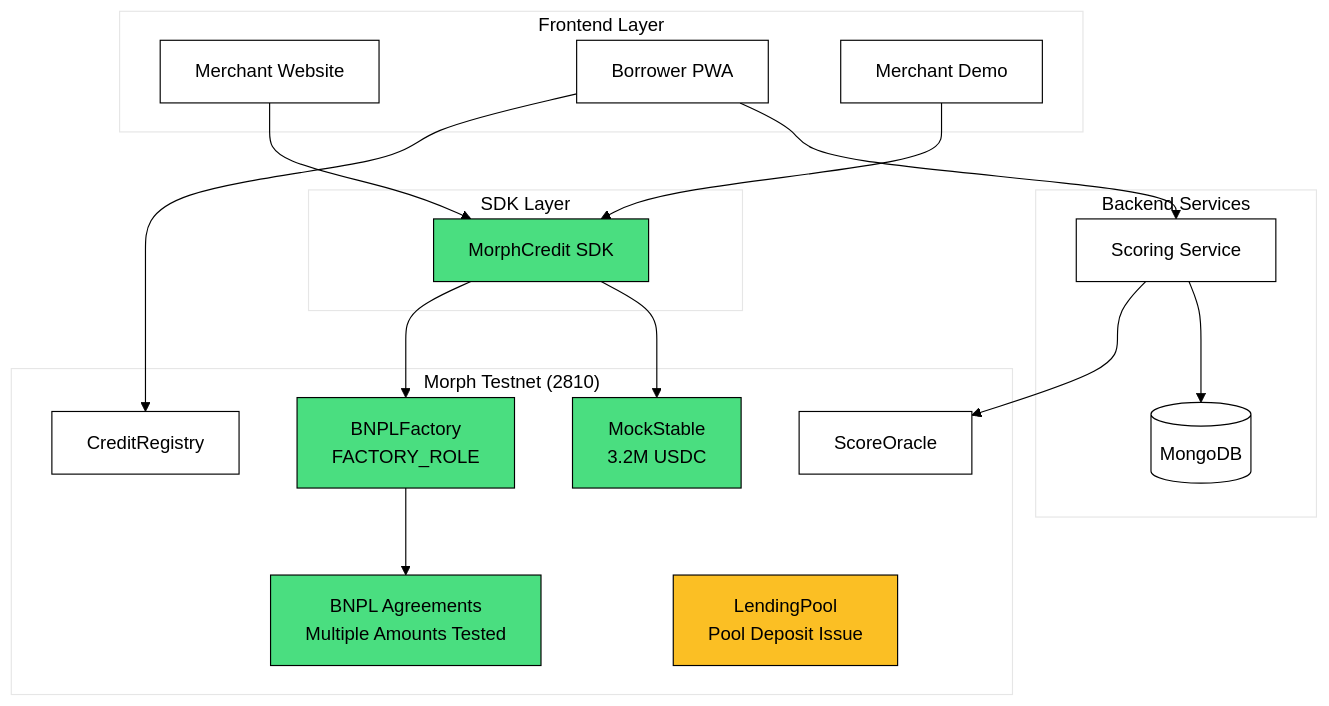
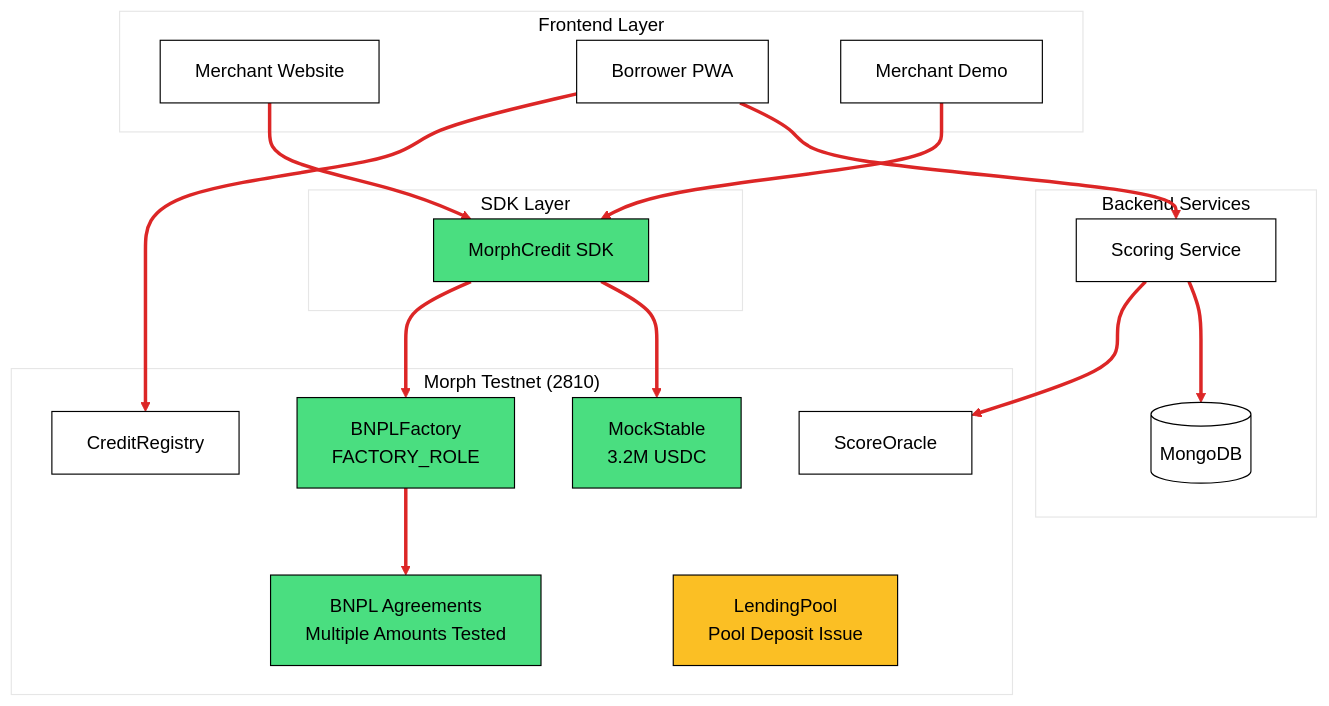
The fifth of 6 diagrams in README.md (okwareddevnest/MorphCredit), drawn with Mermaid before and after one commit. The commit also changed other lines of this file, not shown here.

First line of the commit message:
Update README to enhance diagram clarity and visual consistency

````diff
--- a/README.md
+++ b/README.md
@@ -376,43 +401,53 @@
 ```mermaid
-%%{init: {'theme':'base', 'themeVariables': {'primaryColor': '#ffffff', 'primaryTextColor': '#000000', 'primaryBorderColor': '#000000', 'lineColor': '#000000', 'secondaryColor': '#ffffff', 'tertiaryColor': '#ffffff', 'background': '#ffffff', 'mainBkg': '#ffffff', 'secondBkg': '#ffffff', 'tertiaryBkg': '#ffffff'}}}%%
+%%{init: {'theme':'base', 'themeVariables': {'primaryColor': '#ffffff', 'primaryTextColor': '#000000', 'primaryBorderColor': '#000000', 'lineColor': '#dc2626', 'edgeLabelBackground': '#ffffff', 'clusterBkg': '#ffffff', 'secondaryColor': '#ffffff', 'tertiaryColor': '#ffffff', 'background': '#ffffff', 'mainBkg': '#ffffff', 'secondBkg': '#ffffff', 'tertiaryBkg': '#ffffff'}}}%%
 flowchart TB
   subgraph "Frontend Layer"
     MW[Merchant Website]
     BP[Borrower PWA]
     MD[Merchant Demo]
   end
   
   subgraph "SDK Layer"
     SDK[MorphCredit SDK]
   end
   
   subgraph "Morph Testnet (2810)"
     BF[BNPLFactory<br/>FACTORY_ROLE]
     MS[MockStable<br/>3.2M USDC]
     BA[BNPL Agreements<br/>Multiple Amounts Tested]
     SO[ScoreOracle]
     CR[CreditRegistry]
     LP[LendingPool<br/>Pool Deposit Issue]
   end
   
   subgraph "Backend Services"
     SC[Scoring Service]
     DB[(MongoDB)]
   end
 
   MW --> SDK
   MD --> SDK
   SDK --> BF
   SDK --> MS
   BF --> BA
   BP --> CR
   BP --> SC
   SC --> SO
   SC --> DB
   
+  linkStyle 0 stroke:#dc2626,stroke-width:3px
+  linkStyle 1 stroke:#dc2626,stroke-width:3px
+  linkStyle 2 stroke:#dc2626,stroke-width:3px
+  linkStyle 3 stroke:#dc2626,stroke-width:3px
+  linkStyle 4 stroke:#dc2626,stroke-width:3px
+  linkStyle 5 stroke:#dc2626,stroke-width:3px
+  linkStyle 6 stroke:#dc2626,stroke-width:3px
+  linkStyle 7 stroke:#dc2626,stroke-width:3px
+  linkStyle 8 stroke:#dc2626,stroke-width:3px
+  
   style BF fill:#4ade80,color:#000000
   style MS fill:#4ade80,color:#000000
   style BA fill:#4ade80,color:#000000
   style SDK fill:#4ade80,color:#000000
   style LP fill:#fbbf24,color:#000000
 ```
````
